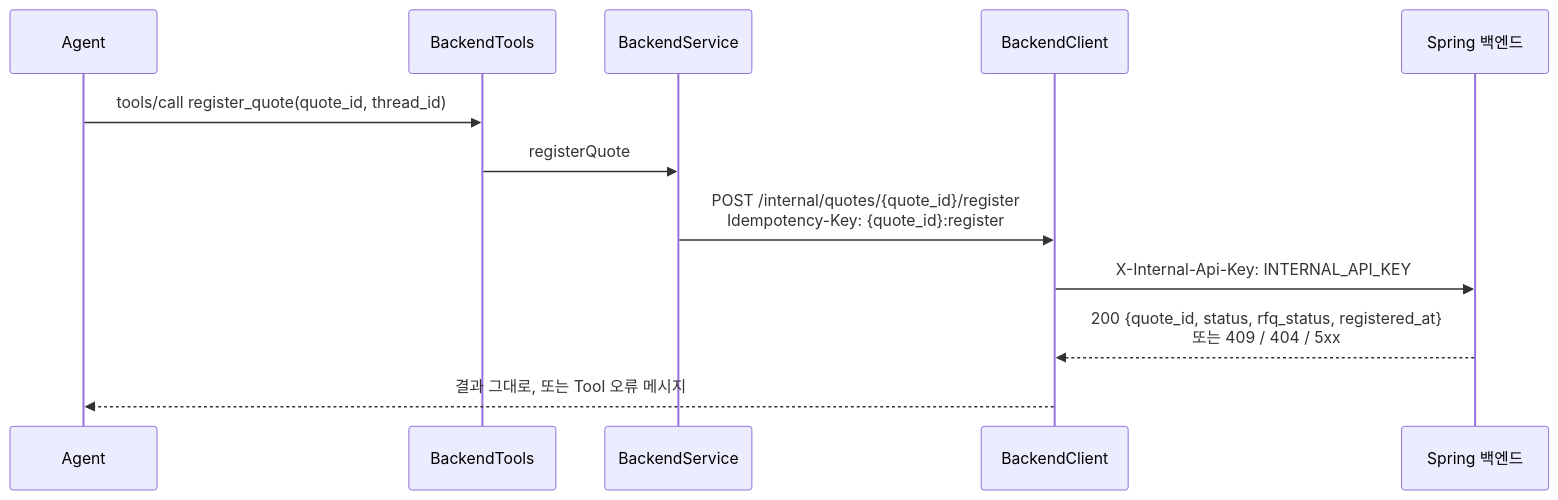
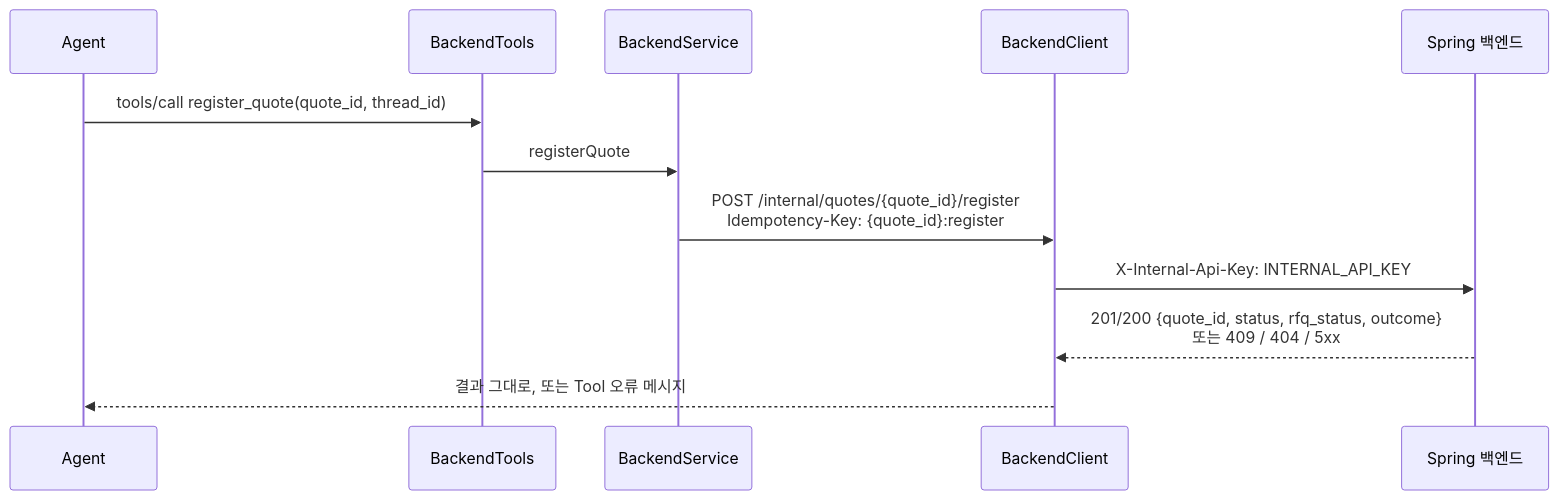
Before and after one commit to SKALA-class5-team1/SupplySync-Business-MCP: the fifth of 5 diagrams in ARCHITECTURE.md, drawn with Mermaid. The commit also changed other lines of this file and 1 other file, not shown here.

````diff
--- a/ARCHITECTURE.md
+++ b/ARCHITECTURE.md
@@ -178,14 +179,14 @@
 ```mermaid
 sequenceDiagram
     participant A as Agent
     participant T as BackendTools
     participant S as BackendService
     participant C as BackendClient
     participant B as Spring 백엔드
     A->>T: tools/call register_quote(quote_id, thread_id)
     T->>S: registerQuote
     S->>C: POST /internal/quotes/{quote_id}/register<br/>Idempotency-Key: {quote_id}:register
     C->>B: X-Internal-Api-Key: INTERNAL_API_KEY
-    B-->>C: 200 {quote_id, status, rfq_status, registered_at}<br/>또는 409 / 404 / 5xx
+    B-->>C: 201/200 {quote_id, status, rfq_status, outcome}<br/>또는 409 / 404 / 5xx
     C-->>A: 결과 그대로, 또는 Tool 오류 메시지
 ```
````
